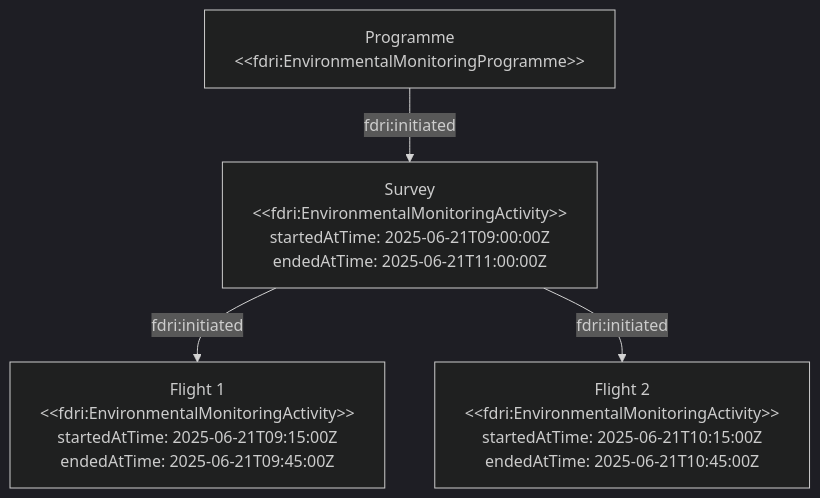
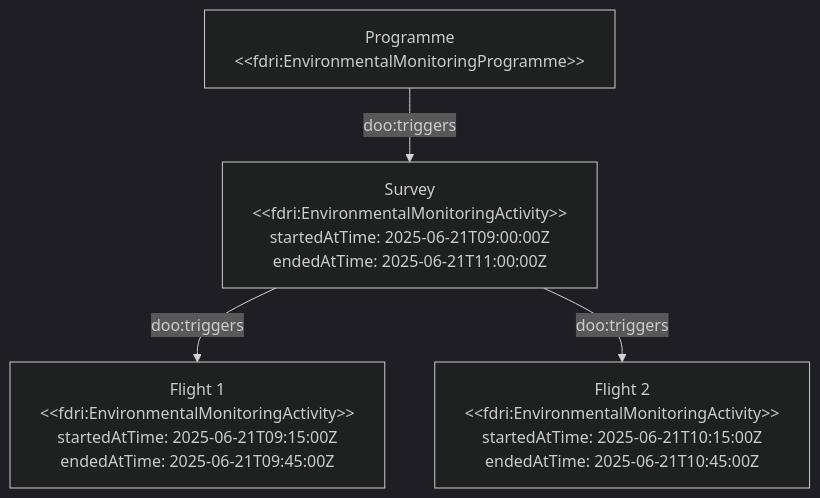
Before and after one commit to NERC-CEH/fdri-ontology: the second of 7 diagrams in doc/em-activities.md, drawn with Mermaid (dark theme). The commit also changed other lines of this file and 1 other file, not shown here.

Commit message:
Replace  with . Add missing doo prefix definition

````diff
--- a/doc/em-activities.md
+++ b/doc/em-activities.md
@@ -82,20 +82,20 @@
 ```mermaid
 flowchart
 Programme["Programme
 &lt;&lt;fdri:EnvironmentalMonitoringProgramme>>"]
 Survey["Survey
 &lt;&lt;fdri:EnvironmentalMonitoringActivity>>
 startedAtTime: 2025-06-21T09:00:00Z
 endedAtTime: 2025-06-21T11:00:00Z"]
 Flight1["Flight 1
 &lt;&lt;fdri:EnvironmentalMonitoringActivity>>
 startedAtTime: 2025-06-21T09:15:00Z
 endedAtTime: 2025-06-21T09:45:00Z"]
 Flight2["Flight 2
 &lt;&lt;fdri:EnvironmentalMonitoringActivity>>
 startedAtTime: 2025-06-21T10:15:00Z
 endedAtTime: 2025-06-21T10:45:00Z"]
-Programme -- fdri:initiated --> Survey
-Survey -- fdri:initiated --> Flight1
-Survey -- fdri:initiated --> Flight2
+Programme -- doo:triggers --> Survey
+Survey -- doo:triggers --> Flight1
+Survey -- doo:triggers --> Flight2
 ```
````
